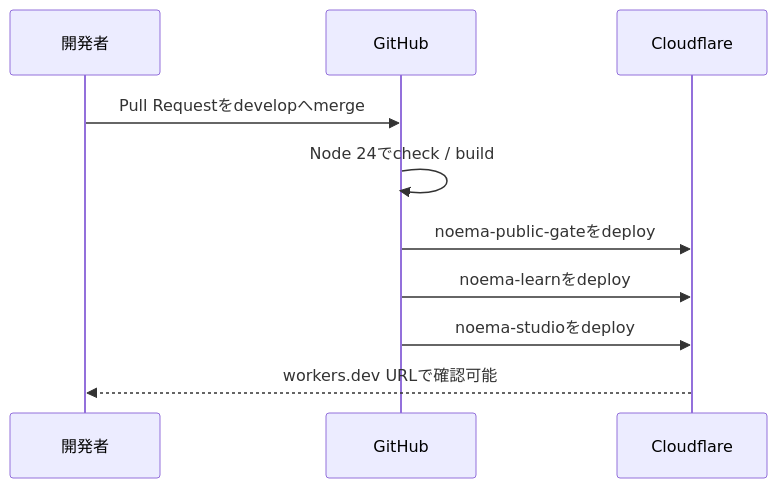
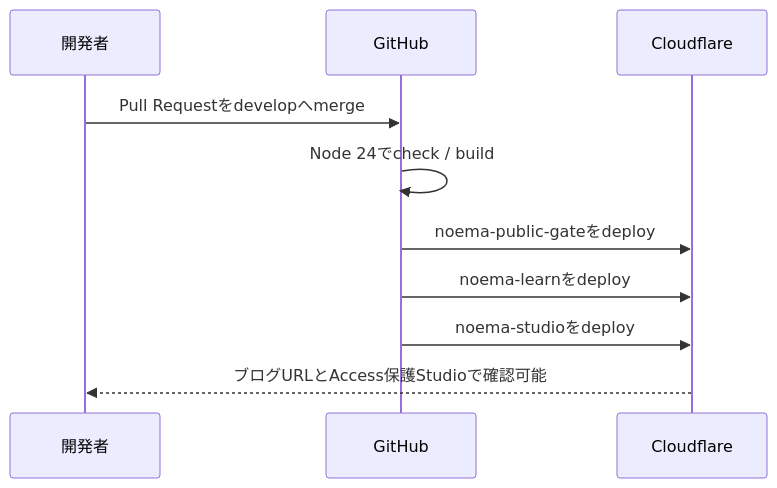
Before and after one commit to mani1261790/Noema: the diagram in docs/development-deployment.md, drawn with Mermaid. The commit also changed other lines of this file and 5 other files, not shown here.

Commit message:
Document Studio to blog publishing flow

````diff
--- a/docs/development-deployment.md
+++ b/docs/development-deployment.md
@@ -28,12 +30,12 @@
 ```mermaid
 sequenceDiagram
   participant Dev as 開発者
   participant GH as GitHub
   participant CF as Cloudflare
   Dev->>GH: Pull Requestをdevelopへmerge
   GH->>GH: Node 24でcheck / build
   GH->>CF: noema-public-gateをdeploy
   GH->>CF: noema-learnをdeploy
   GH->>CF: noema-studioをdeploy
-  CF-->>Dev: workers.dev URLで確認可能
+  CF-->>Dev: ブログURLとAccess保護Studioで確認可能
 ```
````
